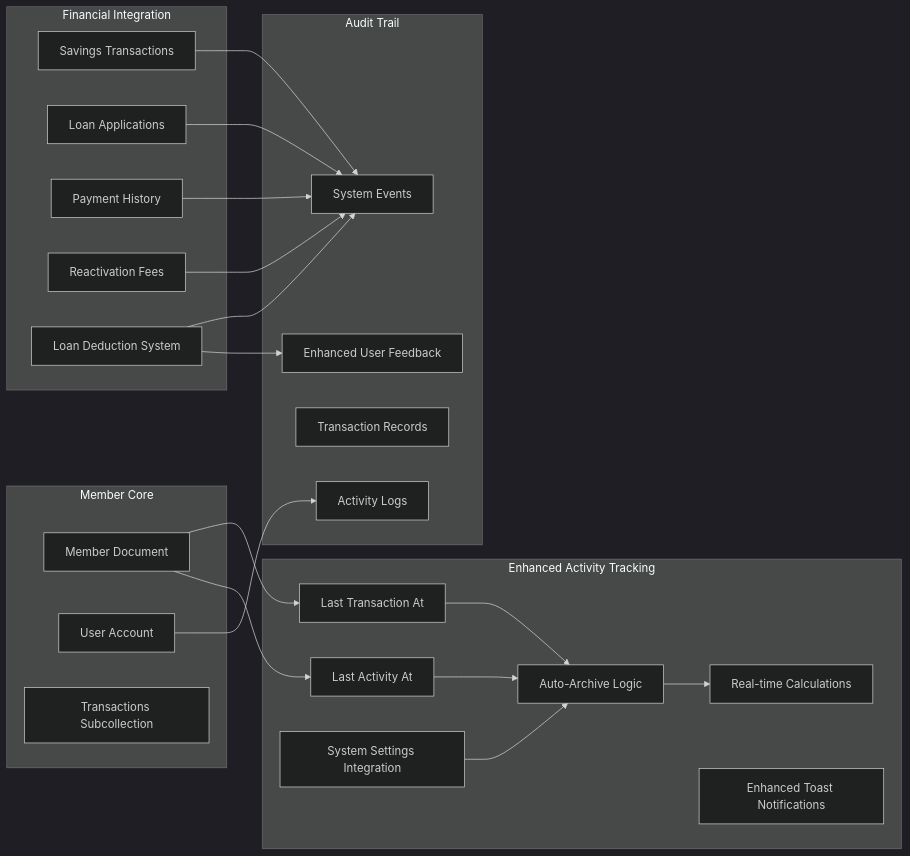
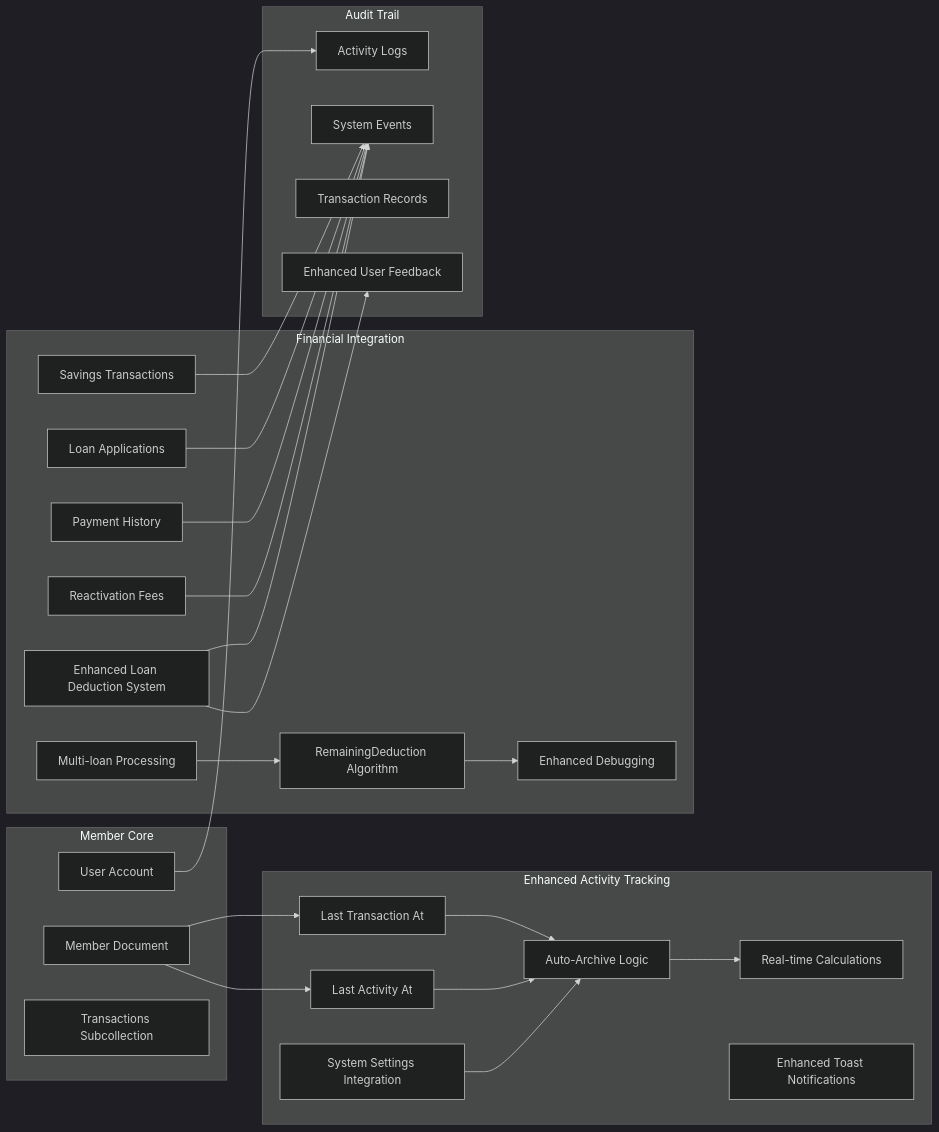
The eighth of 16 diagrams in .qoder/repowiki/en/content/Member Management System/Member Records System.md (Unsure-bry/sampacoop_system), drawn with Mermaid (dark theme) before and after one commit. The commit also changed other lines of this file and 7 other files, not shown here.

````diff
--- a/.qoder/repowiki/en/content/Member Management System/Member Records System.md
+++ b/.qoder/repowiki/en/content/Member Management System/Member Records System.md
@@ -423,42 +453,47 @@
 ```mermaid
 graph LR
 subgraph "Member Core"
 A[Member Document]
 B[User Account]
 C[Transactions Subcollection]
 end
 subgraph "Enhanced Activity Tracking"
 D[Last Transaction At]
 E[Last Activity At]
 F[Auto-Archive Logic]
 G[System Settings Integration]
 H[Real-time Calculations]
 I[Enhanced Toast Notifications]
 end
 subgraph "Financial Integration"
 J[Savings Transactions]
 K[Loan Applications]
 L[Payment History]
 M[Reactivation Fees]
-N[Loan Deduction System]
+N[Enhanced Loan Deduction System]
+O[Multi-loan Processing]
+P[RemainingDeduction Algorithm]
+Q[Enhanced Debugging]
 end
 subgraph "Audit Trail"
-O[Activity Logs]
-P[System Events]
-Q[Transaction Records]
-R[Enhanced User Feedback]
+R[Activity Logs]
+S[System Events]
+T[Transaction Records]
+U[Enhanced User Feedback]
 end
 A --> D
 A --> E
 D --> F
 E --> F
 F --> H
 G --> F
-B --> O
-J --> P
-K --> P
-L --> P
-M --> P
-N --> P
-N --> R
+B --> R
+J --> S
+K --> S
+L --> S
+M --> S
+N --> S
+O --> P
+P --> Q
+N --> U
 ```
````
